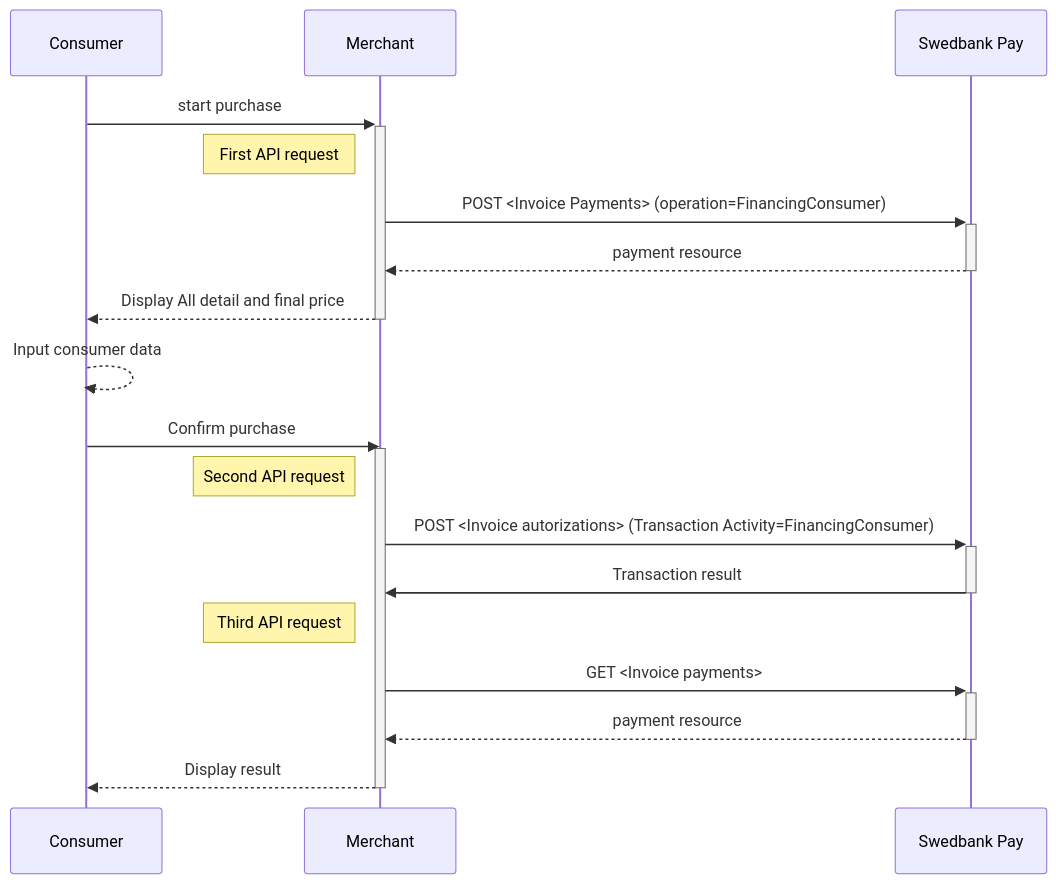
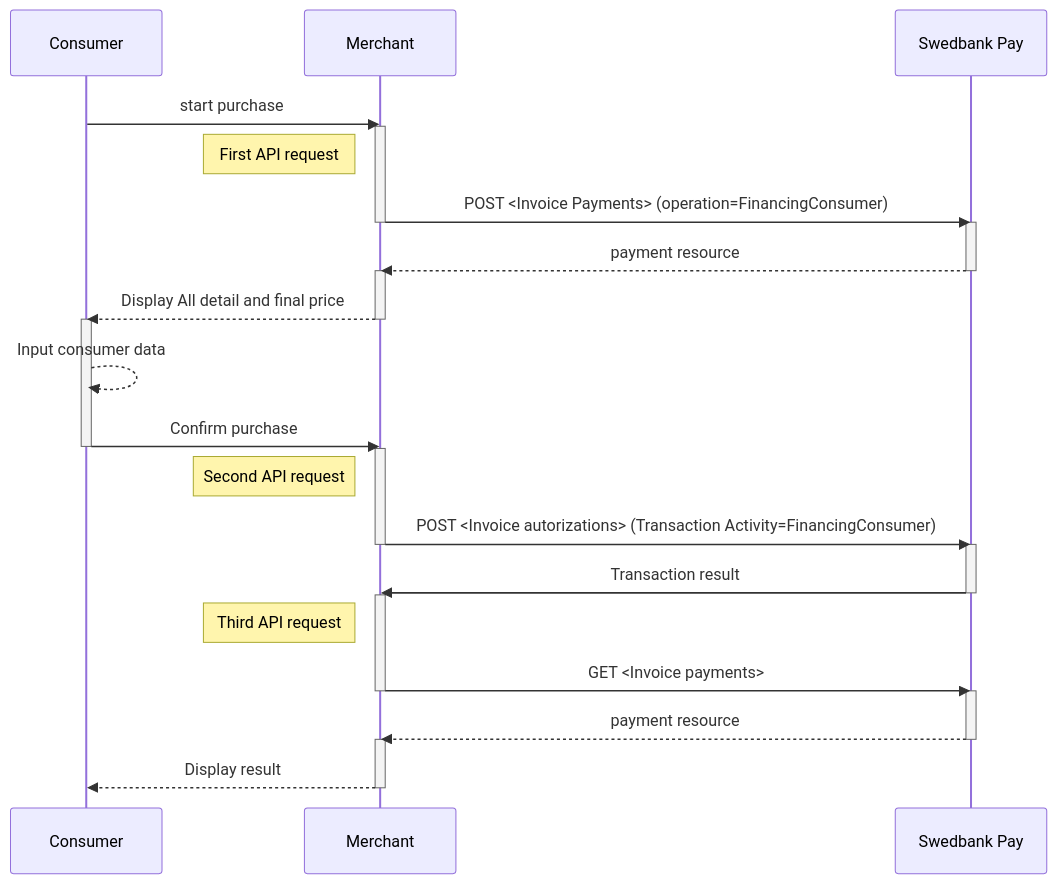
One commit to SwedbankPay/developer.swedbankpay.com changed the second of 2 diagrams in payments/invoice/direct.md. Above: the diagram before and after it, drawn with Mermaid. The commit also changed other lines of this file, not shown here.

Commit message:
DX-458 Indent fix and sequence diagram activation fix.

````diff
--- a/payments/invoice/direct.md
+++ b/payments/invoice/direct.md
@@ -117,20 +120,26 @@
 ```mermaid
 sequenceDiagram
-    Consumer->>+Merchant: start purchase
+    Consumer->>Merchant: start purchase
+    activate Merchant
     note left of Merchant: First API request
-    Merchant->>+Swedbank Pay: POST <Invoice Payments> (operation=FinancingConsumer)
+    Merchant->>-Swedbank Pay: POST <Invoice Payments> (operation=FinancingConsumer)
+    activate Swedbank Pay
     Swedbank Pay-->>-Merchant: payment resource
+    activate Merchant
     Merchant-->>-Consumer: Display All detail and final price
+    activate Consumer
     Consumer-->>Consumer: Input consumer data
-    Consumer->>Merchant: Confirm purchase
-
-    Activate Merchant
+    Consumer->>-Merchant: Confirm purchase
+    activate Merchant
     note left of Merchant: Second API request
-    Merchant->>+Swedbank Pay: POST <Invoice autorizations> (Transaction Activity=FinancingConsumer)
+    Merchant->>-Swedbank Pay: POST <Invoice autorizations> (Transaction Activity=FinancingConsumer)
+    activate Swedbank Pay
     Swedbank Pay->>-Merchant: Transaction result
+    activate Merchant
     note left of Merchant: Third API request
-    Merchant->>+Swedbank Pay: GET <Invoice payments>
+    Merchant->>-Swedbank Pay: GET <Invoice payments>
+    activate Swedbank Pay
     Swedbank Pay-->>-Merchant: payment resource
-    Merchant-->>Consumer: Display result
-    deactivate Merchant
+    activate Merchant
+    Merchant-->>-Consumer: Display result
 ```
````
